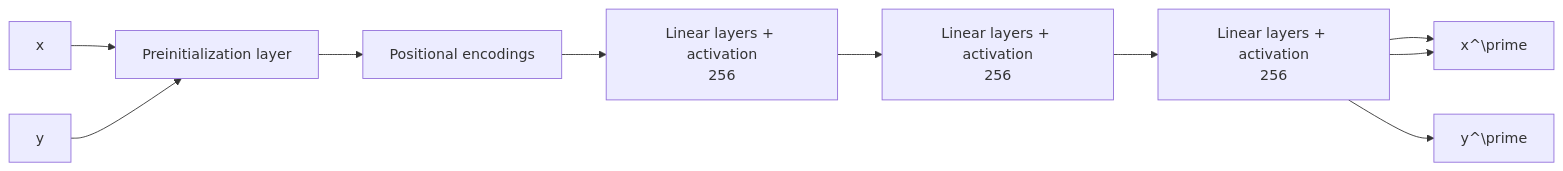
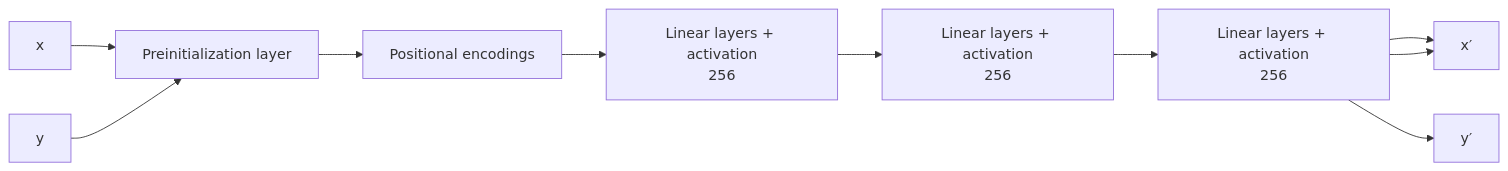
Before and after one commit to andjelatodorovich/Coordinate_based_MLPs: the diagram in README.md, drawn with Mermaid.

```````diff
--- a/README.md
+++ b/README.md
@@ -6,7 +6,7 @@
 ``````mermaid
 graph LR
 	1[x]-->3[Preinitialization layer]-->4[Positional encodings]-->5[Linear layers + activation<br>256]-->6[Linear layers + activation<br>256]-->7[Linear layers + activation<br>256]-->8[Linear layers + Sgmoid<br>256]
 	2[y]-->3[Preinitialization layer]
-	7-->8[x^\prime]
-	7-->9[y^\prime]
+	7-->8[x′]
+	7-->9[y′]
 ``````
```````
